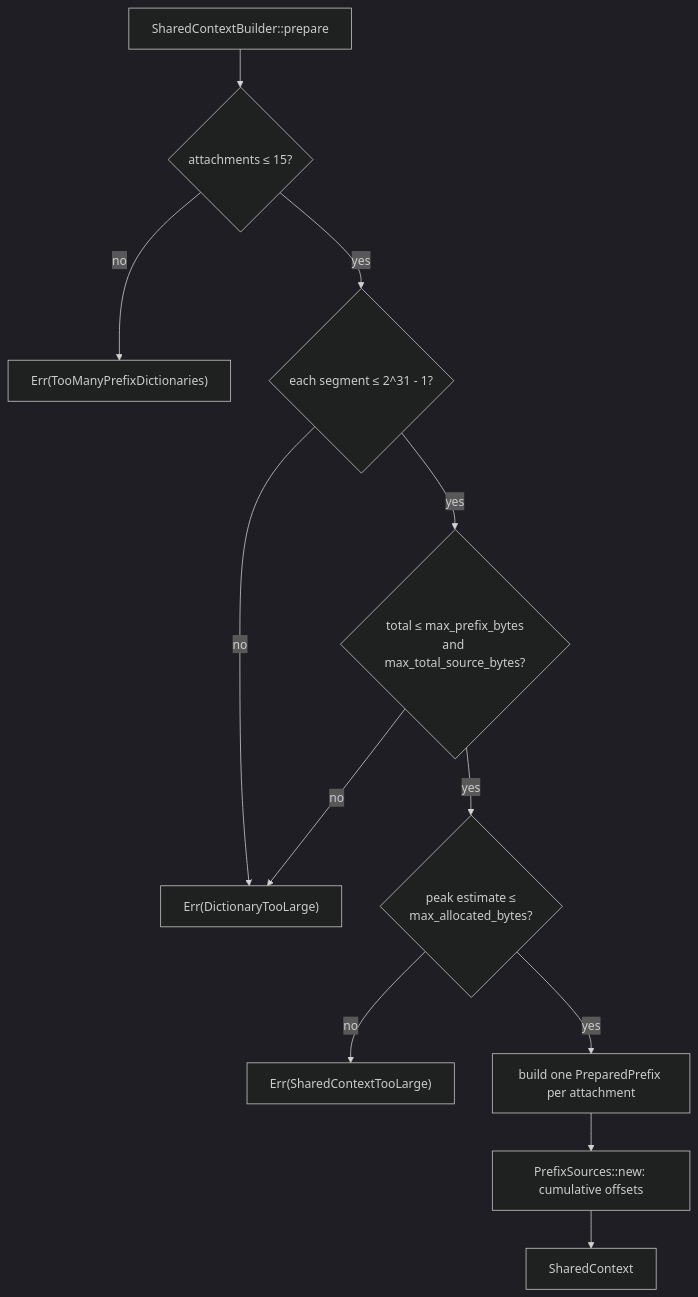
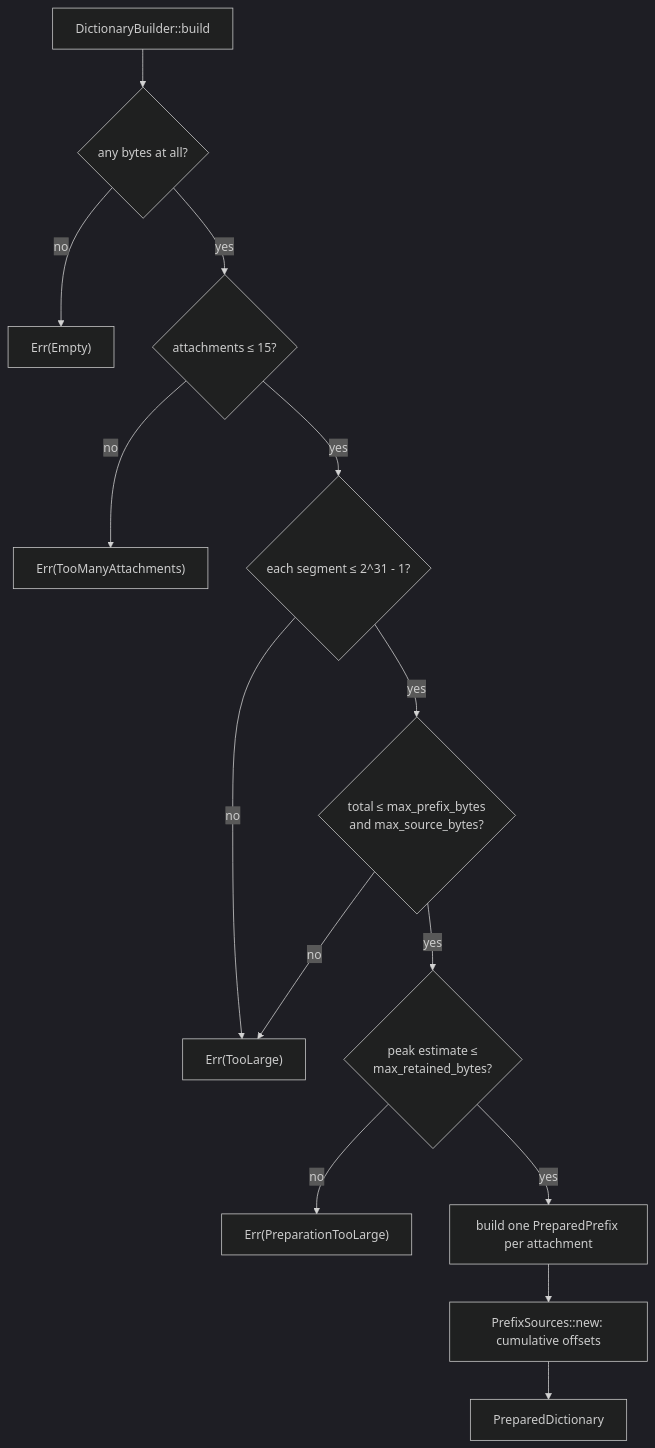
The sixth of 13 diagrams in architecture/shared-brotli.md (Mnwa/mbrotli), drawn with Mermaid (dark theme) before and after one commit. The commit also changed other lines of this file and 104 other files, not shown here.

````diff
--- a/architecture/shared-brotli.md
+++ b/architecture/shared-brotli.md
@@ -335,14 +350,16 @@
 ```mermaid
 flowchart TD
-    b["SharedContextBuilder::prepare"] --> c{"attachments &le; 15?"}
-    c -->|no| e1["Err(TooManyPrefixDictionaries)"]
+    b["DictionaryBuilder::build"] --> z{"any bytes at all?"}
+    z -->|no| e0["Err(Empty)"]
+    z -->|yes| c{"attachments &le; 15?"}
+    c -->|no| e1["Err(TooManyAttachments)"]
     c -->|yes| d{"each segment &le; 2^31 - 1?"}
-    d -->|no| e2["Err(DictionaryTooLarge)"]
-    d -->|yes| f{"total &le; max_prefix_bytes<br/>and max_total_source_bytes?"}
+    d -->|no| e2["Err(TooLarge)"]
+    d -->|yes| f{"total &le; max_prefix_bytes<br/>and max_source_bytes?"}
     f -->|no| e2
-    f -->|yes| g{"peak estimate &le;<br/>max_allocated_bytes?"}
-    g -->|no| e3["Err(SharedContextTooLarge)"]
+    f -->|yes| g{"peak estimate &le;<br/>max_retained_bytes?"}
+    g -->|no| e3["Err(PreparationTooLarge)"]
     g -->|yes| h["build one PreparedPrefix per attachment"]
     h --> i["PrefixSources::new: cumulative offsets"]
-    i --> j["SharedContext"]
+    i --> j["PreparedDictionary"]
 ```
````
